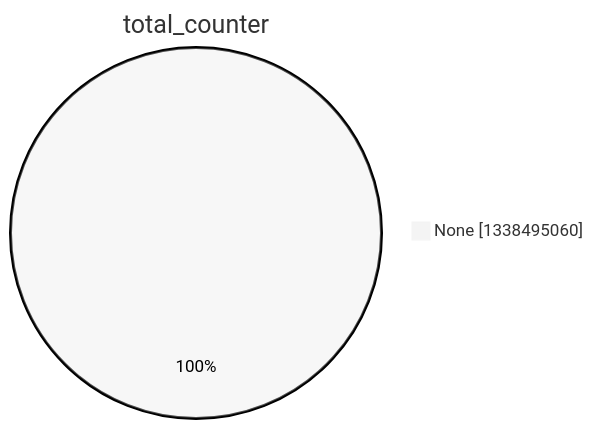
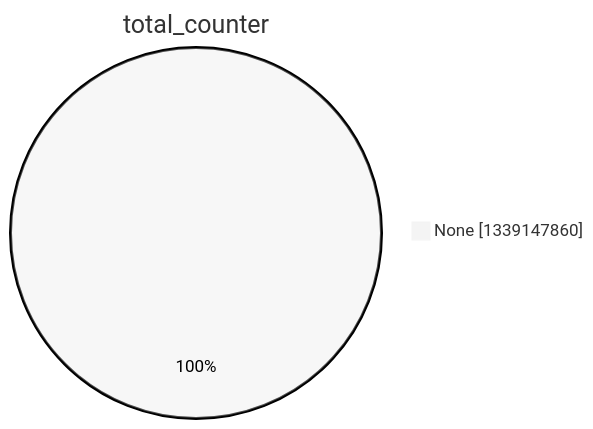
One commit to christiankrug/ctmonitor_visualization changed the second of 15 diagrams in argon2022/README.md. Above: the diagram before and after it, drawn with Mermaid (neutral theme). The commit also changed other lines of this file, not shown here.

````diff
--- a/argon2022/README.md
+++ b/argon2022/README.md
@@ -9,5 +9,5 @@
 ```mermaid
 pie showData
 title total_counter
-"None" :1338495060
+"None" :1339147860
 ```
````
